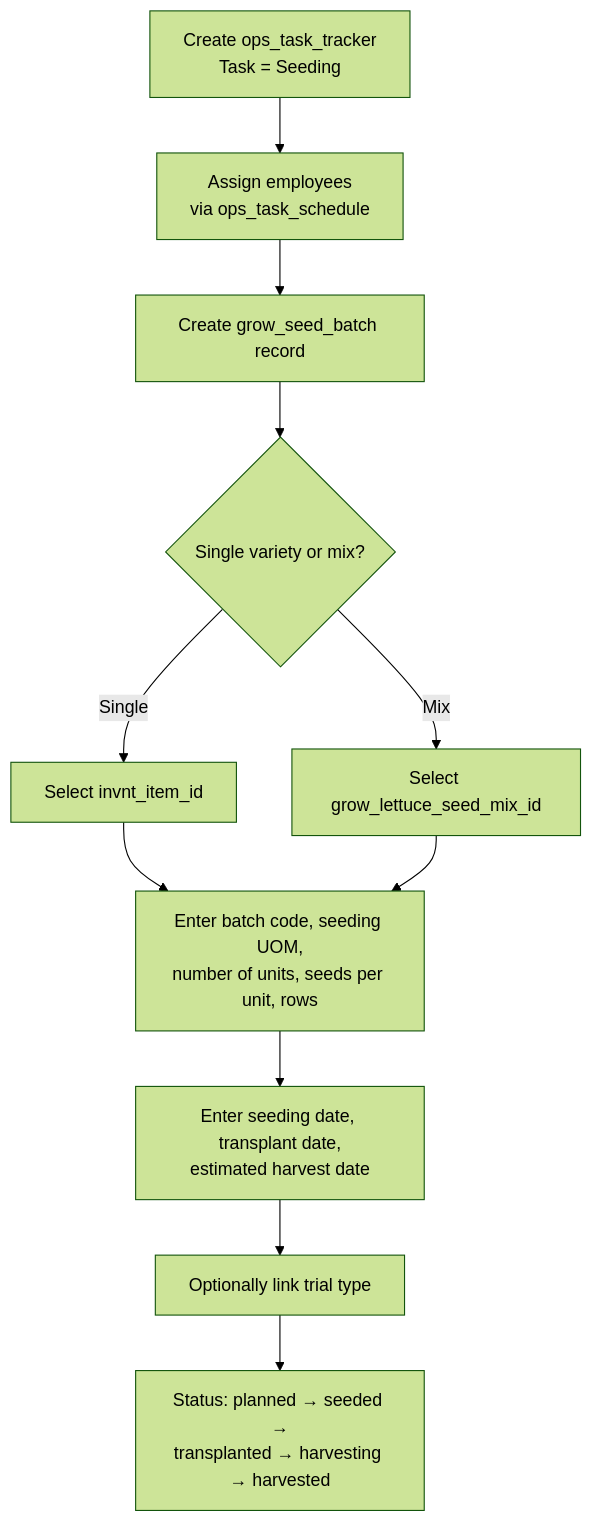
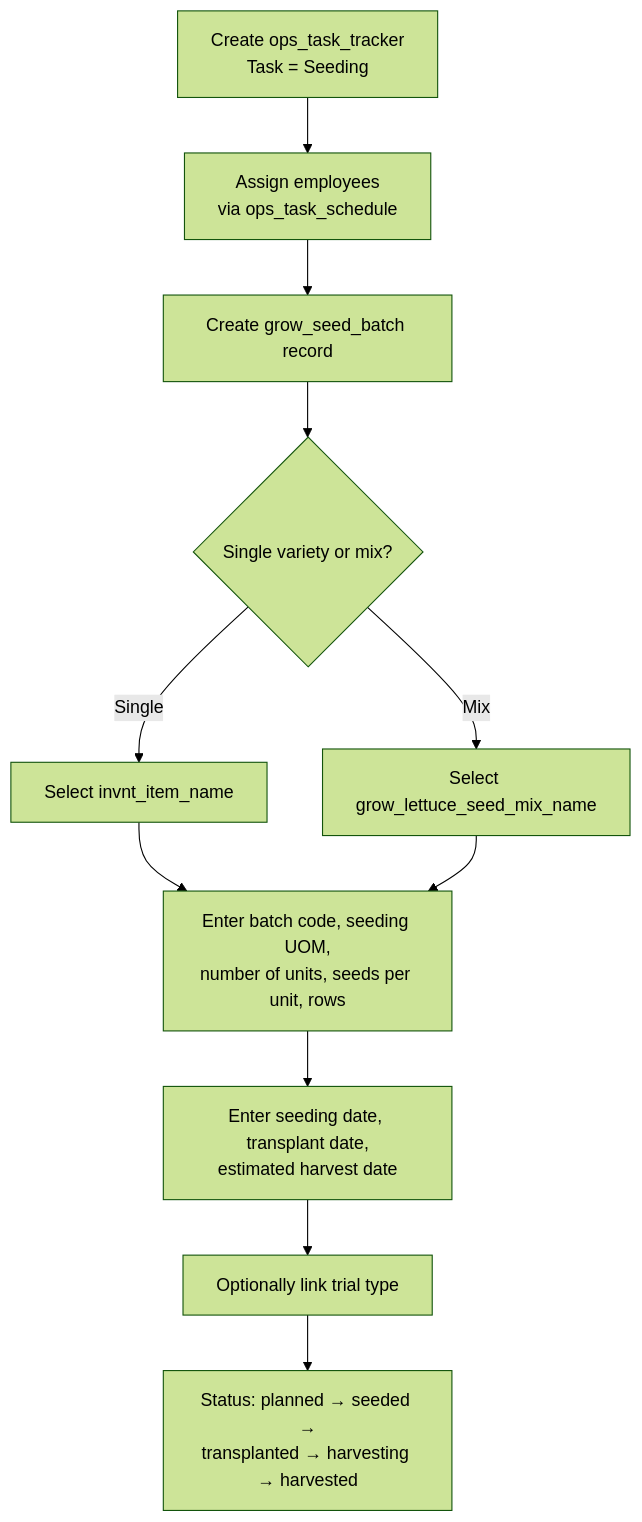
Before and after one commit to Hawaii-Farming/aloha-data-migrations: the diagram in docs/processes/20260408000003_grow_seeding_workflow.md, drawn with Mermaid (forest theme). The commit also changed other lines of this file and 20 other files, not shown here.

First line of the commit message:
Propagate schema refactor through docs

````diff
--- a/docs/processes/20260408000003_grow_seeding_workflow.md
+++ b/docs/processes/20260408000003_grow_seeding_workflow.md
@@ -45,13 +45,13 @@
 ```mermaid
 flowchart TD
     A[Create ops_task_tracker\nTask = Seeding] --> A1[Assign employees\nvia ops_task_schedule]
     A1 --> B[Create grow_seed_batch record]
     B --> C{Single variety or mix?}
-    C -->|Single| D[Select invnt_item_id]
-    C -->|Mix| E[Select grow_lettuce_seed_mix_id]
+    C -->|Single| D[Select invnt_item_name]
+    C -->|Mix| E[Select grow_lettuce_seed_mix_name]
     D --> F[Enter batch code, seeding UOM,\nnumber of units, seeds per unit, rows]
     E --> F
     F --> G[Enter seeding date, transplant date,\nestimated harvest date]
     G --> H[Optionally link trial type]
     H --> I[Status: planned → seeded →\ntransplanted → harvesting → harvested]
 ```
````
